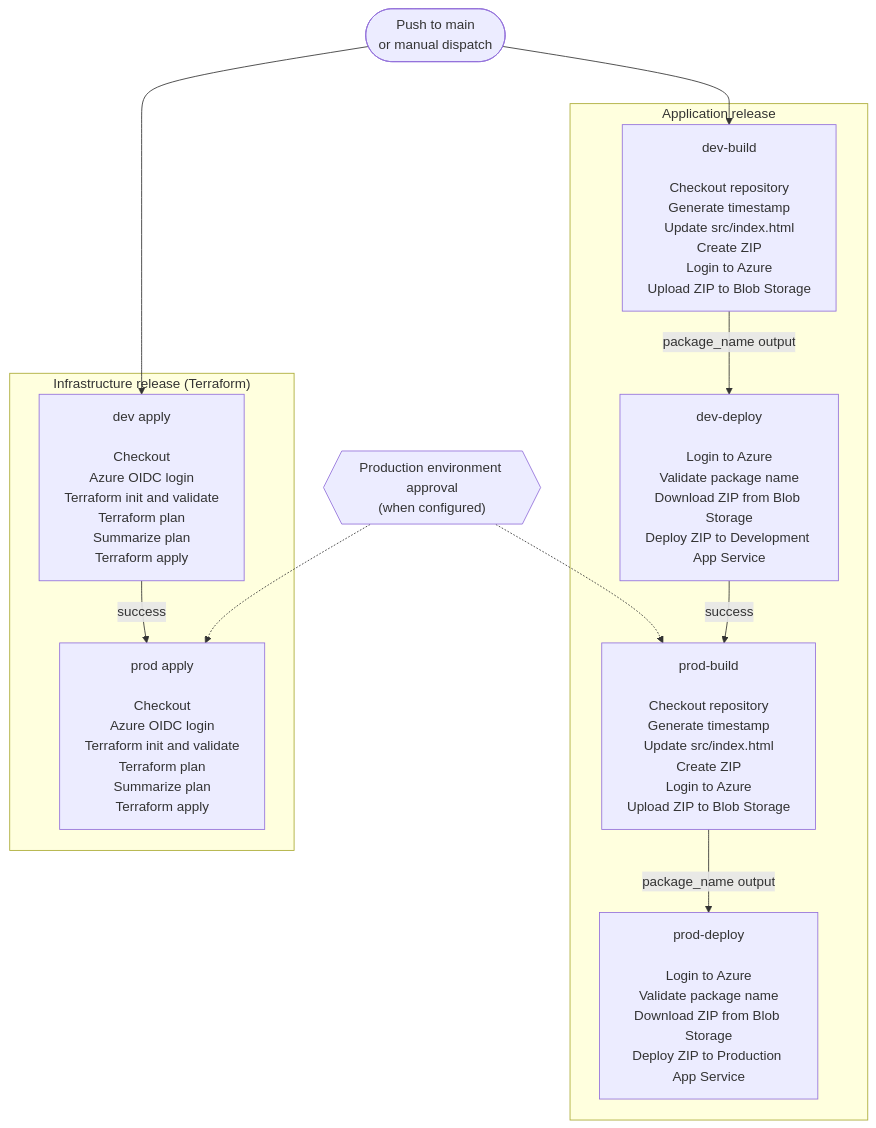
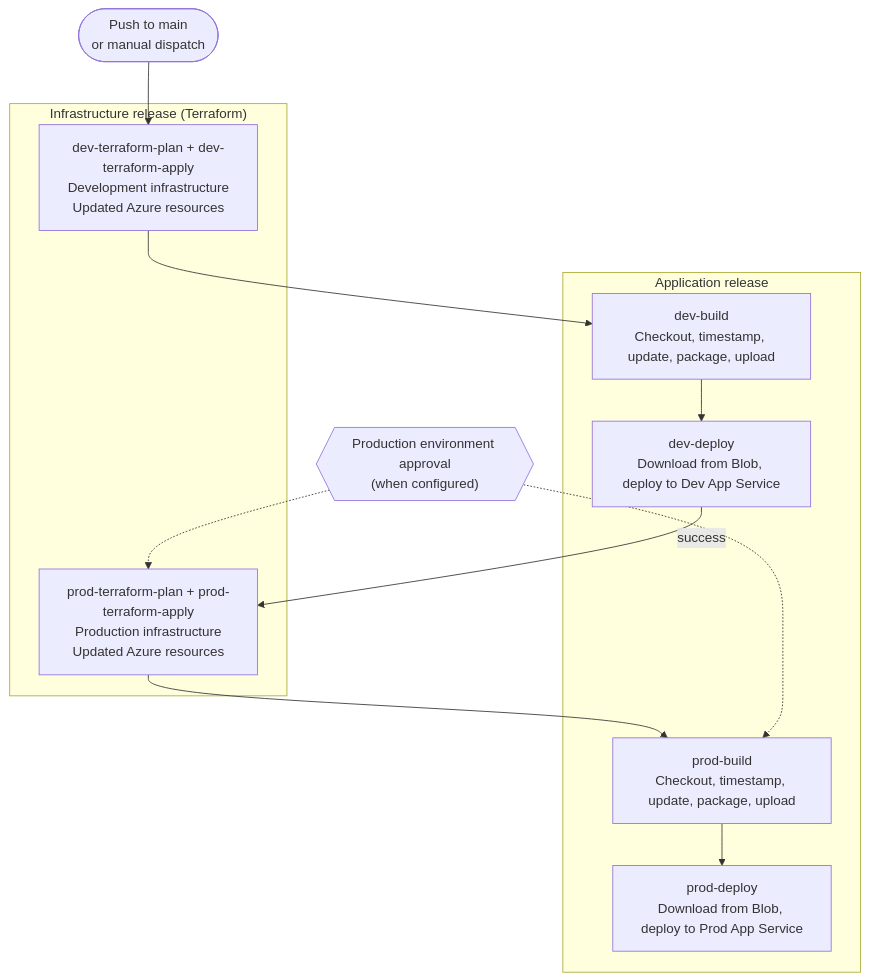
The second of 5 diagrams in docs/release-flow.md (MetehanBolat/GH-DevSecOps), drawn with Mermaid before and after one commit. The commit also changed other lines of this file and 4 other files, not shown here.

````diff
--- a/docs/release-flow.md
+++ b/docs/release-flow.md
@@ -34,24 +34,24 @@
 ```mermaid
 flowchart TD
-    START([Push to main<br/>or manual dispatch]) --> TFDEV
-    START --> DB
+    START([Push to main<br/>or manual dispatch]) --> DTDEV["dev-terraform-plan<br/>dev-terraform-apply"]
+    DTDEV --> DB["dev-build<br/><br/>Checkout repository<br/>Generate timestamp<br/>Update src/index.html<br/>Create ZIP<br/>Login to Azure<br/>Upload ZIP to Blob Storage"]
+    DB --> DD["dev-deploy<br/><br/>Login to Azure<br/>Validate package name<br/>Download ZIP from Blob Storage<br/>Deploy ZIP to Development App Service"]
+    DD -->|success| PTDEVPROD["prod-terraform-plan<br/>prod-terraform-apply"]
+    PTDEVPROD --> PB["prod-build<br/><br/>Checkout repository<br/>Generate timestamp<br/>Update src/index.html<br/>Create ZIP<br/>Login to Azure<br/>Upload ZIP to Blob Storage"]
+    PB --> PD["prod-deploy<br/><br/>Login to Azure<br/>Validate package name<br/>Download ZIP from Blob Storage<br/>Deploy ZIP to Production App Service"]
 
     subgraph INFRASTRUCTURE["Infrastructure release (Terraform)"]
-        TFDEV["dev apply<br/><br/>Checkout<br/>Azure OIDC login<br/>Terraform init and validate<br/>Terraform plan<br/>Summarize plan<br/>Terraform apply"]
-        TFPROD["prod apply<br/><br/>Checkout<br/>Azure OIDC login<br/>Terraform init and validate<br/>Terraform plan<br/>Summarize plan<br/>Terraform apply"]
-        TFDEV -->|success| TFPROD
+        DTDEV[dev-terraform-plan + dev-terraform-apply<br/>Development infrastructure<br/>Updated Azure resources]
+        PTDEVPROD[prod-terraform-plan + prod-terraform-apply<br/>Production infrastructure<br/>Updated Azure resources]
     end
 
     subgraph APPLICATION["Application release"]
-        DB["dev-build<br/><br/>Checkout repository<br/>Generate timestamp<br/>Update src/index.html<br/>Create ZIP<br/>Login to Azure<br/>Upload ZIP to Blob Storage"]
-        DD["dev-deploy<br/><br/>Login to Azure<br/>Validate package name<br/>Download ZIP from Blob Storage<br/>Deploy ZIP to Development App Service"]
-        DB -->|package_name output| DD
-        PB["prod-build<br/><br/>Checkout repository<br/>Generate timestamp<br/>Update src/index.html<br/>Create ZIP<br/>Login to Azure<br/>Upload ZIP to Blob Storage"]
-        PD["prod-deploy<br/><br/>Login to Azure<br/>Validate package name<br/>Download ZIP from Blob Storage<br/>Deploy ZIP to Production App Service"]
-        DD -->|success| PB
-        PB -->|package_name output| PD
+        DB[dev-build<br/>Checkout, timestamp, update, package, upload]
+        DD[dev-deploy<br/>Download from Blob, deploy to Dev App Service]
+        PB[prod-build<br/>Checkout, timestamp, update, package, upload]
+        PD[prod-deploy<br/>Download from Blob, deploy to Prod App Service]
     end
 
-    APPROVAL{{"Production environment approval<br/>(when configured)"}} -.-> TFPROD
+    APPROVAL{{"Production environment approval<br/>(when configured)"}} -.-> PTDEVPROD
     APPROVAL -.-> PB
 ```
````
